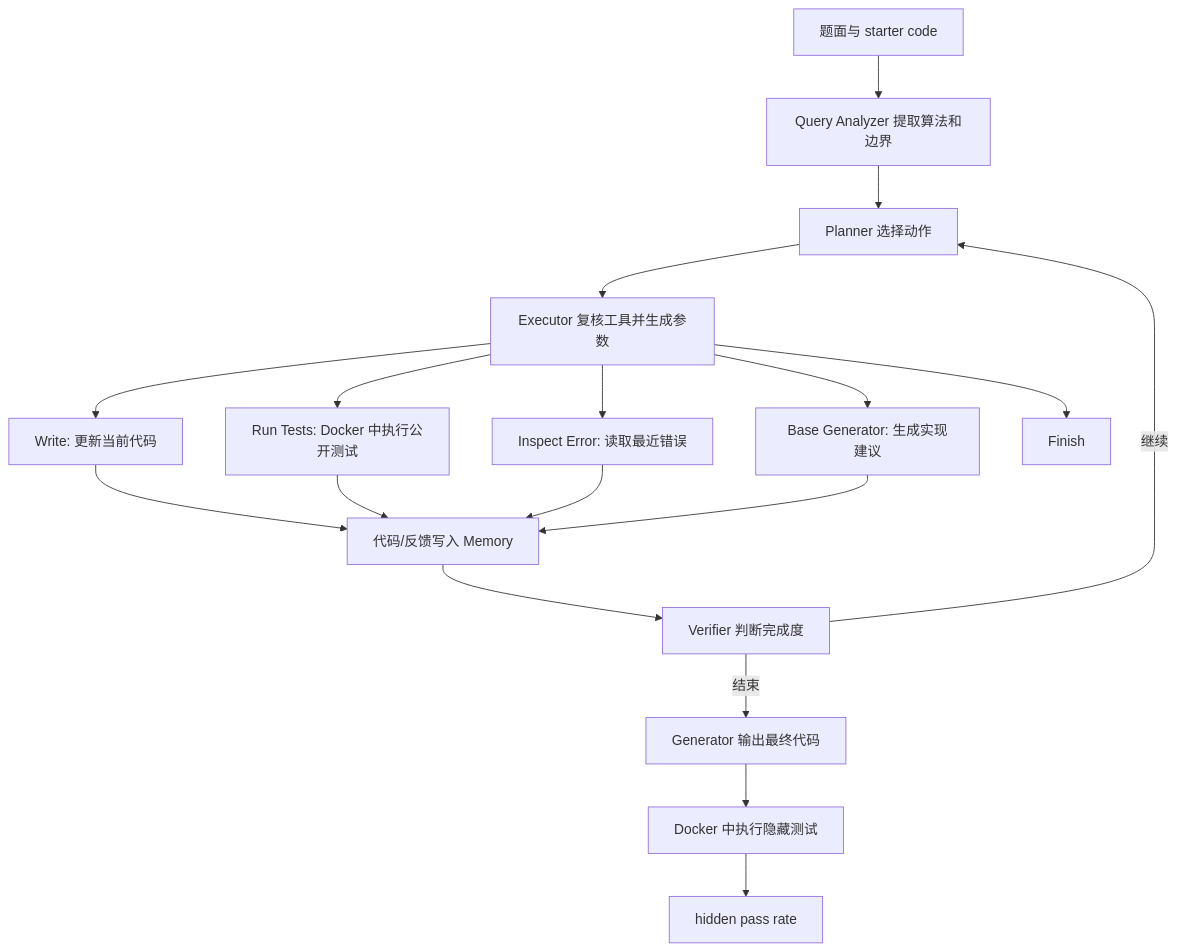
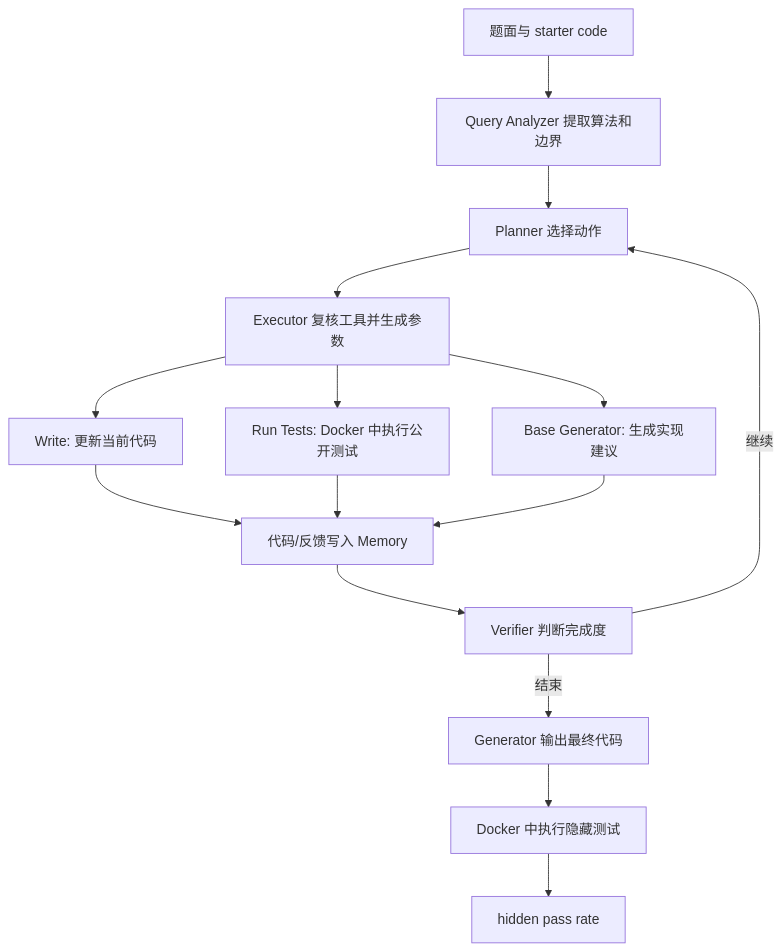
One commit to beibeizzz/agentflow changed the third of 3 diagrams in docs/project_guide/03_four_task_flows.md. Above: the diagram before and after it, drawn with Mermaid. The commit also changed other lines of this file and 61 other files, not shown here.

````diff
--- a/docs/project_guide/03_four_task_flows.md
+++ b/docs/project_guide/03_four_task_flows.md
@@ -118,20 +120,17 @@
 ```mermaid
 flowchart TD
     Q[题面与 starter code] --> A[Query Analyzer 提取算法和边界]
     A --> P[Planner 选择动作]
     P --> E[Executor 复核工具并生成参数]
     E --> W[Write: 更新当前代码]
     E --> T[Run Tests: Docker 中执行公开测试]
-    E --> I[Inspect Error: 读取最近错误]
     E --> B[Base Generator: 生成实现建议]
-    E --> F[Finish]
     W --> M[代码/反馈写入 Memory]
     T --> M
-    I --> M
     B --> M
     M --> V[Verifier 判断完成度]
     V -->|继续| P
     V -->|结束| G[Generator 输出最终代码]
     G --> H[Docker 中执行隐藏测试]
     H --> R[hidden pass rate]
 ```
````
